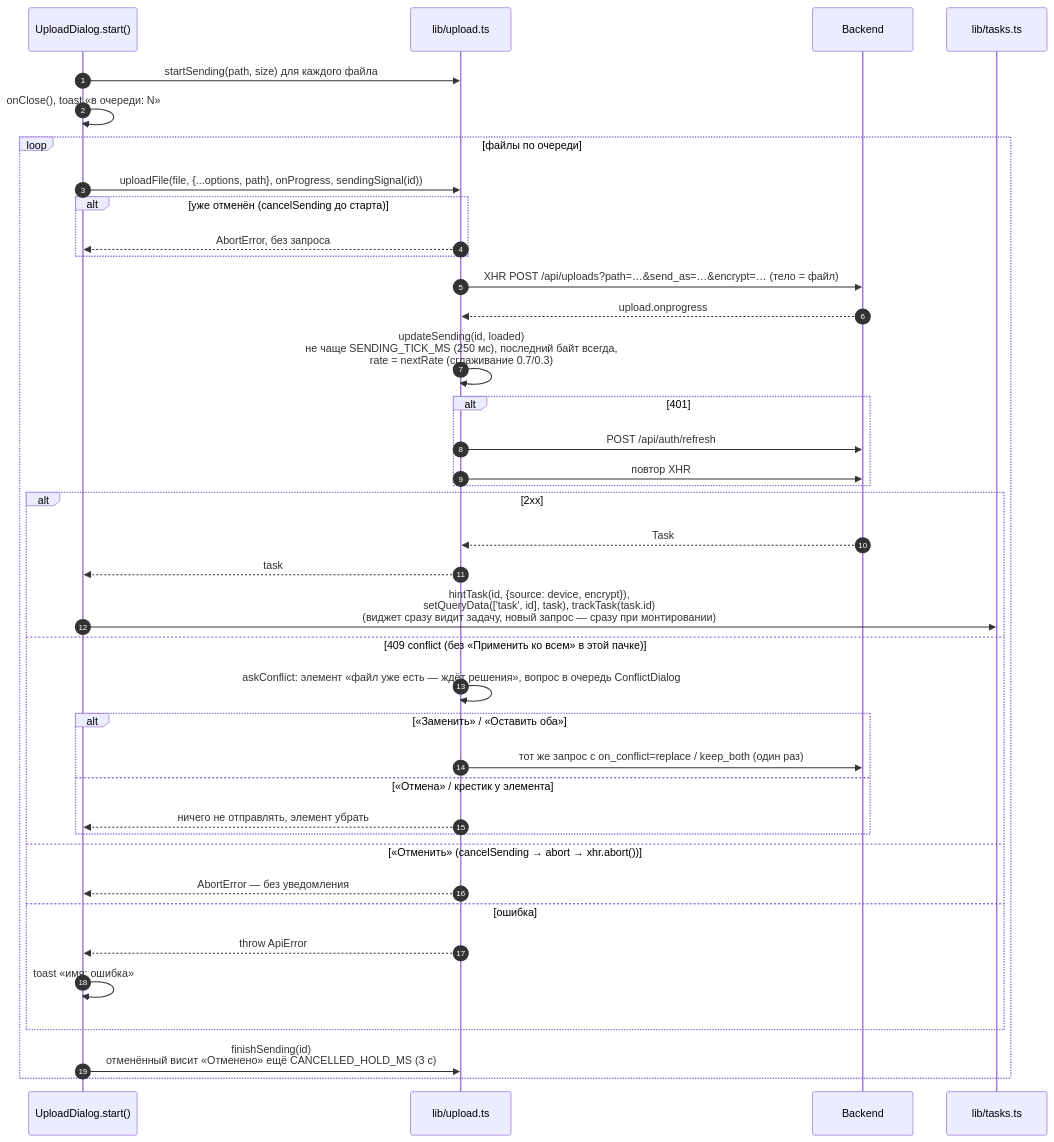
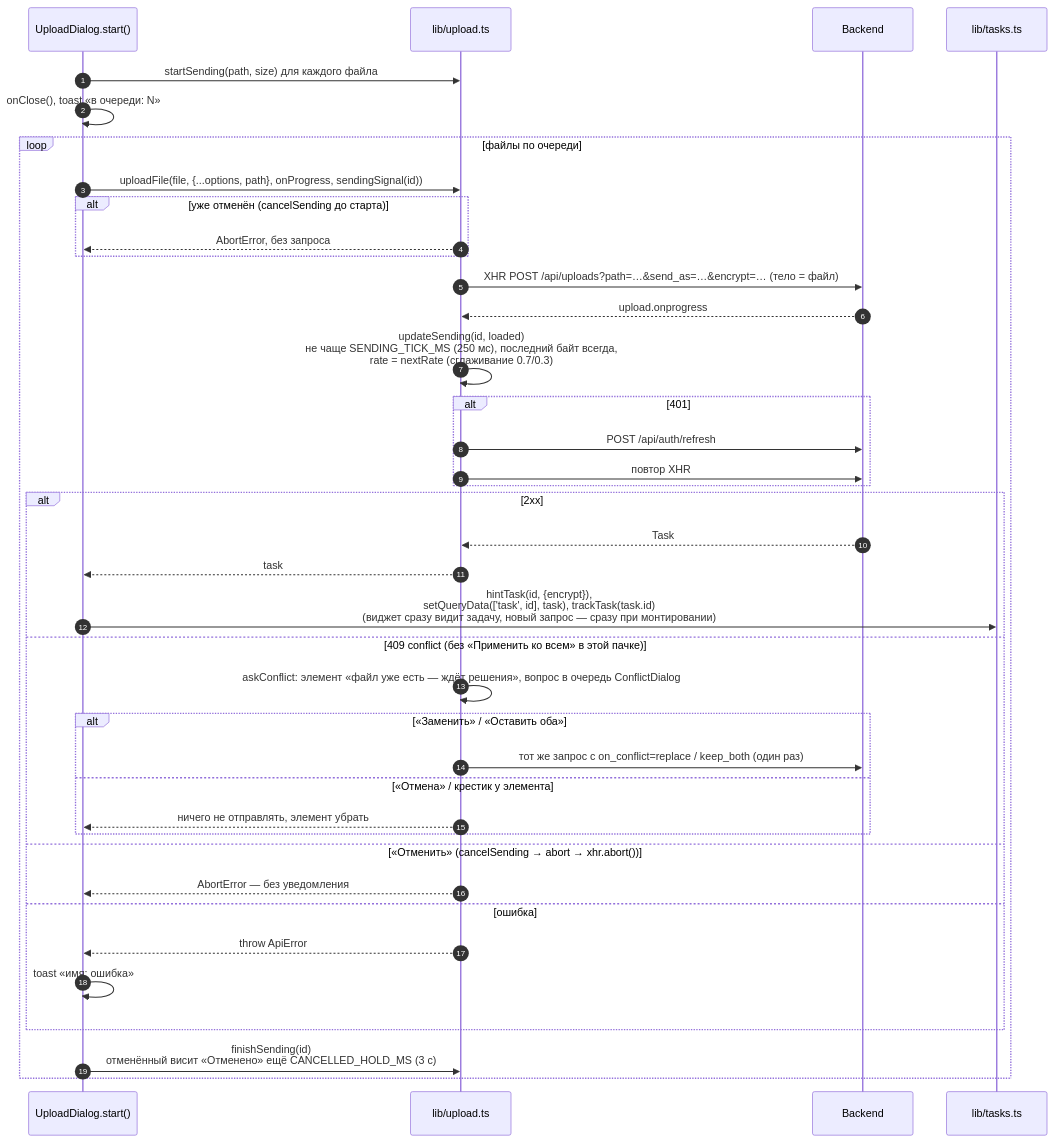
One commit to NikitkaZXC/tcloud-frontend changed the second of 7 diagrams in docs/uploads-and-tasks.md. Above: the diagram before and after it, drawn with Mermaid. The commit also changed other lines of this file and 10 other files, not shown here.

Commit message:
feat: show retry and task phases from the backend task source and retryable flag

````diff
--- a/docs/uploads-and-tasks.md
+++ b/docs/uploads-and-tasks.md
@@ -46,41 +46,41 @@
 ```mermaid
 sequenceDiagram
     autonumber
     participant D as UploadDialog.start()
     participant U as lib/upload.ts
     participant B as Backend
     participant T as lib/tasks.ts
     D->>U: startSending(path, size) для каждого файла
     D->>D: onClose(), toast «в очереди: N»
     loop файлы по очереди
         D->>U: uploadFile(file, {...options, path}, onProgress, sendingSignal(id))
         alt уже отменён (cancelSending до старта)
             U-->>D: AbortError, без запроса
         end
         U->>B: XHR POST /api/uploads?path=…&send_as=…&encrypt=… (тело = файл)
         B-->>U: upload.onprogress
         U->>U: updateSending(id, loaded)<br/>не чаще SENDING_TICK_MS (250 мс), последний байт всегда,<br/>rate = nextRate (сглаживание 0.7/0.3)
         alt 401
             U->>B: POST /api/auth/refresh
             U->>B: повтор XHR
         end
         alt 2xx
             B-->>U: Task
             U-->>D: task
-            D->>T: hintTask(id, {source: device, encrypt}),<br/>setQueryData(['task', id], task), trackTask(task.id)<br/>(виджет сразу видит задачу, новый запрос — сразу при монтировании)
+            D->>T: hintTask(id, {encrypt}),<br/>setQueryData(['task', id], task), trackTask(task.id)<br/>(виджет сразу видит задачу, новый запрос — сразу при монтировании)
         else 409 conflict (без «Применить ко всем» в этой пачке)
             U->>U: askConflict: элемент «файл уже есть — ждёт решения», вопрос в очередь ConflictDialog
             alt «Заменить» / «Оставить оба»
                 U->>B: тот же запрос с on_conflict=replace / keep_both (один раз)
             else «Отмена» / крестик у элемента
                 U-->>D: ничего не отправлять, элемент убрать
             end
         else «Отменить» (cancelSending → abort → xhr.abort())
             U-->>D: AbortError — без уведомления
         else ошибка
             U-->>D: throw ApiError
             D->>D: toast «имя: ошибка»
         end
         D->>U: finishSending(id)<br/>отменённый висит «Отменено» ещё CANCELLED_HOLD_MS (3 с)
     end
 ```
````
